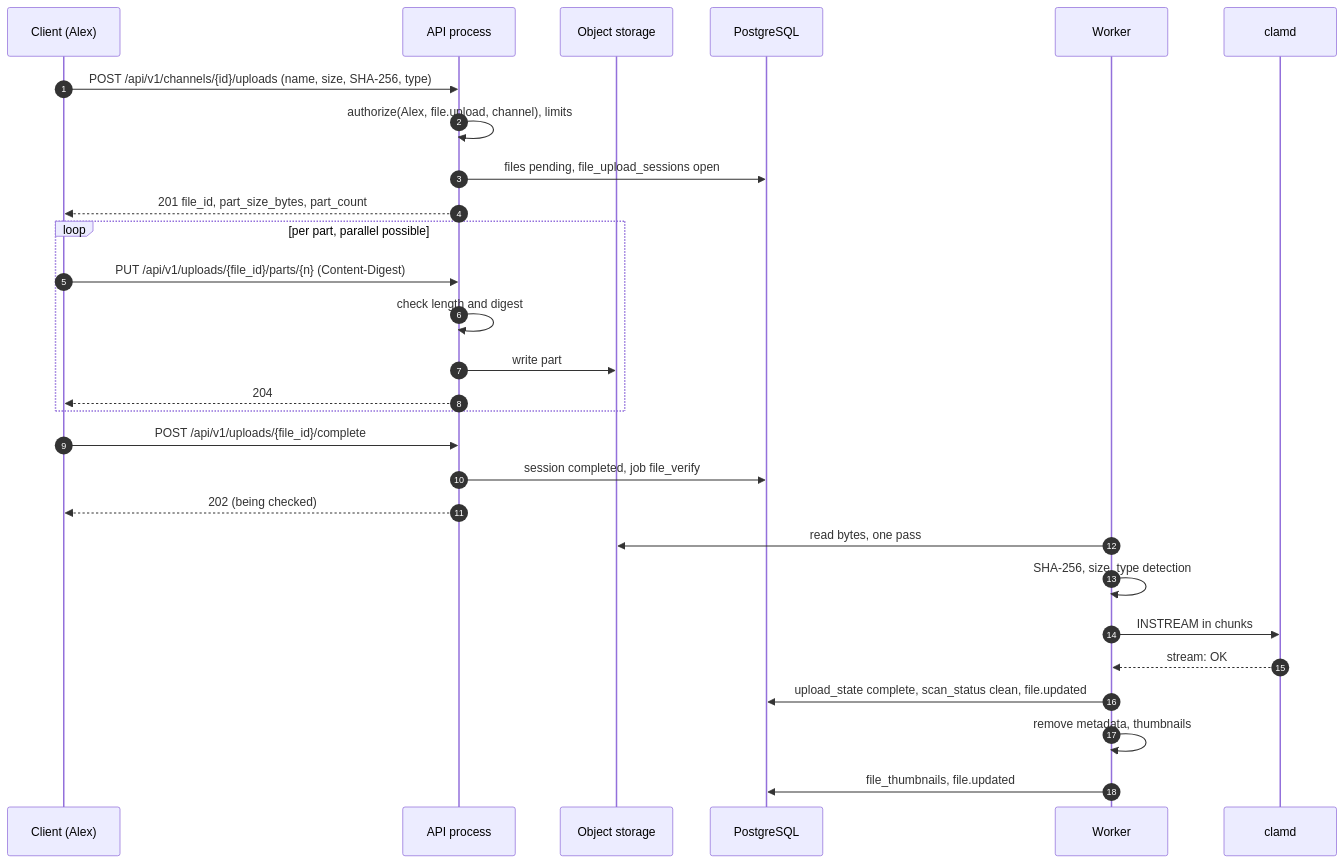
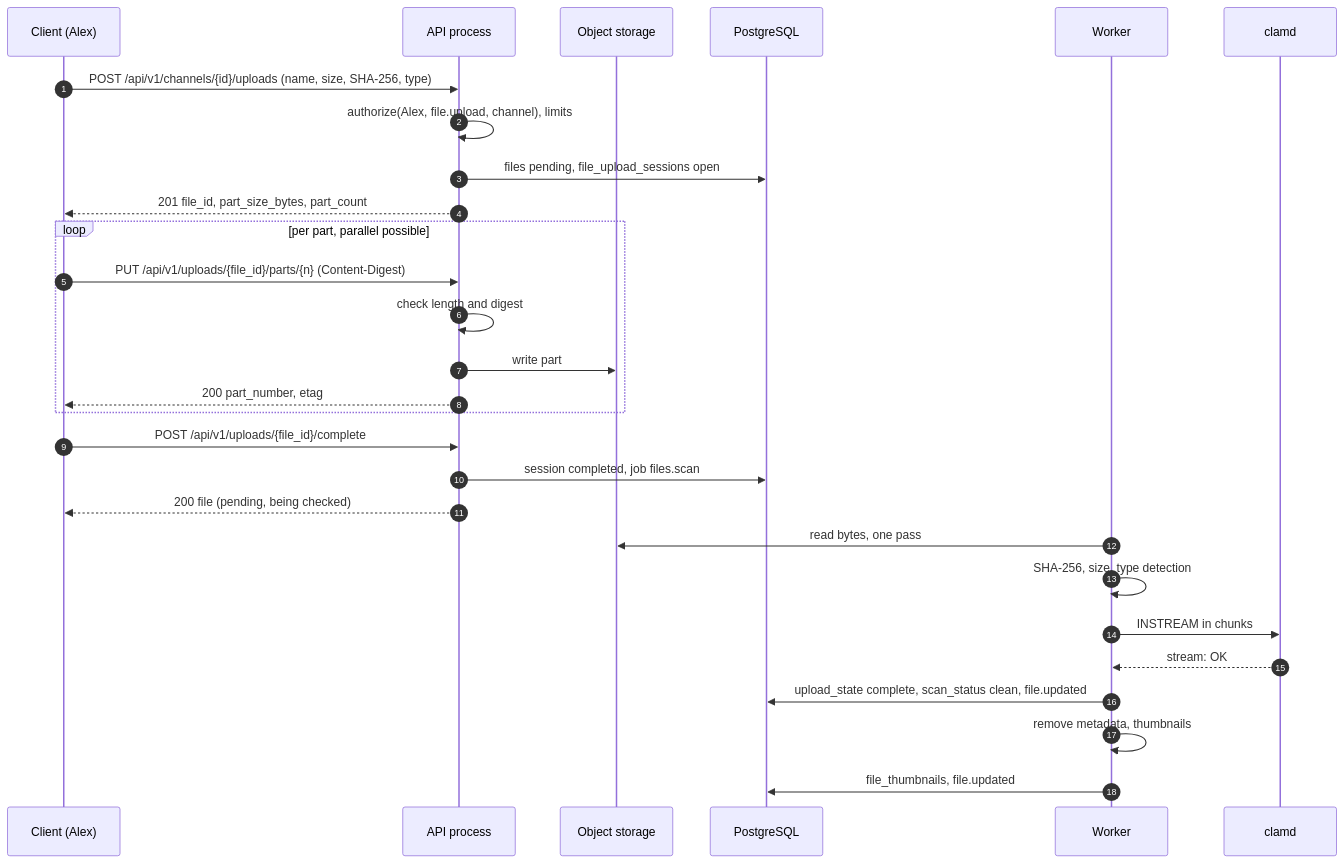
One commit to mguttmann/bothy changed the second of 2 diagrams in docs/spec/12-files.md. Above: the diagram before and after it, drawn with Mermaid. The commit also changed other lines of this file and 143 other files, not shown here.

````diff
--- a/docs/spec/12-files.md
+++ b/docs/spec/12-files.md
@@ -191,30 +222,30 @@
 ```mermaid
 sequenceDiagram
     autonumber
     participant C as Client (Alex)
     participant API as API process
     participant OS as Object storage
     participant DB as PostgreSQL
     participant W as Worker
     participant AV as clamd
     C->>API: POST /api/v1/channels/{id}/uploads (name, size, SHA-256, type)
     API->>API: authorize(Alex, file.upload, channel), limits
     API->>DB: files pending, file_upload_sessions open
     API-->>C: 201 file_id, part_size_bytes, part_count
     loop per part, parallel possible
         C->>API: PUT /api/v1/uploads/{file_id}/parts/{n} (Content-Digest)
         API->>API: check length and digest
         API->>OS: write part
-        API-->>C: 204
+        API-->>C: 200 part_number, etag
     end
     C->>API: POST /api/v1/uploads/{file_id}/complete
-    API->>DB: session completed, job file_verify
-    API-->>C: 202 (being checked)
+    API->>DB: session completed, job files.scan
+    API-->>C: 200 file (pending, being checked)
     W->>OS: read bytes, one pass
     W->>W: SHA-256, size, type detection
     W->>AV: INSTREAM in chunks
     AV-->>W: stream: OK
     W->>DB: upload_state complete, scan_status clean, file.updated
     W->>W: remove metadata, thumbnails
     W->>DB: file_thumbnails, file.updated
 ```
````
